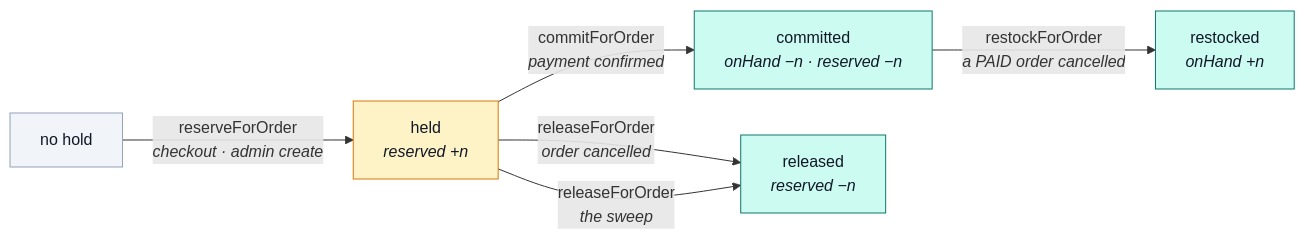
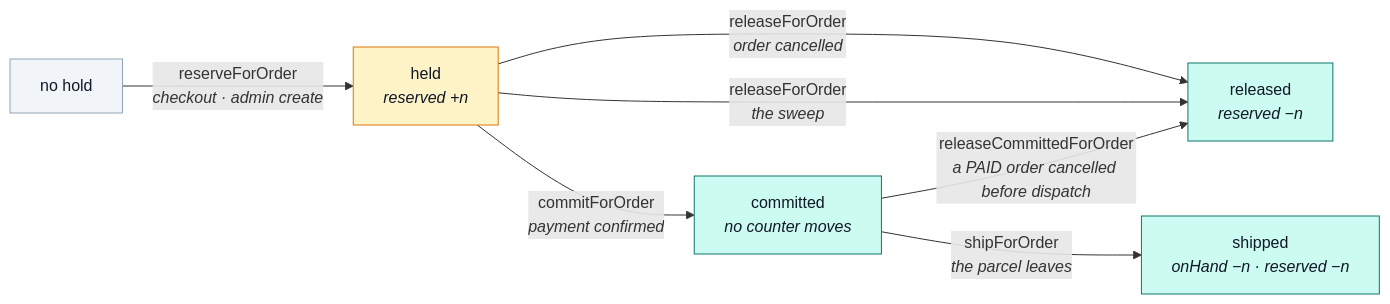
The diagram in docs/modules/inventory-reservations.md (Guebbit/boilerplate-node-backend), drawn with Mermaid before and after one commit. The commit also changed other lines of this file and 33 other files, not shown here.

````diff
--- a/docs/modules/inventory-reservations.md
+++ b/docs/modules/inventory-reservations.md
@@ -18,16 +18,17 @@
 ```mermaid
 %%{init: {'flowchart': {'nodeSpacing': 34, 'rankSpacing': 60}}}%%
 flowchart LR
     N["no hold"] -->|"reserveForOrder<br/><i>checkout · admin create</i>"| H["held<br/><i>reserved +n</i>"]
-    H -->|"commitForOrder<br/><i>payment confirmed</i>"| C["committed<br/><i>onHand −n · reserved −n</i>"]
+    H -->|"commitForOrder<br/><i>payment confirmed</i>"| C["committed<br/><i>no counter moves</i>"]
     H -->|"releaseForOrder<br/><i>order cancelled</i>"| R["released<br/><i>reserved −n</i>"]
     H -->|"releaseForOrder<br/><i>the sweep</i>"| R
-    C -->|"restockForOrder<br/><i>a PAID order cancelled</i>"| S["restocked<br/><i>onHand +n</i>"]
+    C -->|"releaseCommittedForOrder<br/><i>a PAID order cancelled before dispatch</i>"| R
+    C -->|"shipForOrder<br/><i>the parcel leaves</i>"| S["shipped<br/><i>onHand −n · reserved −n</i>"]
 
     classDef open fill:#fef3c7,stroke:#d97706,color:#111827;
     classDef done fill:#ccfbf1,stroke:#0f766e,color:#111827;
     classDef none fill:#f1f5f9,stroke:#94a3b8,color:#111827;
     class H open;
     class C,R,S done;
     class N none;
 ```
````
